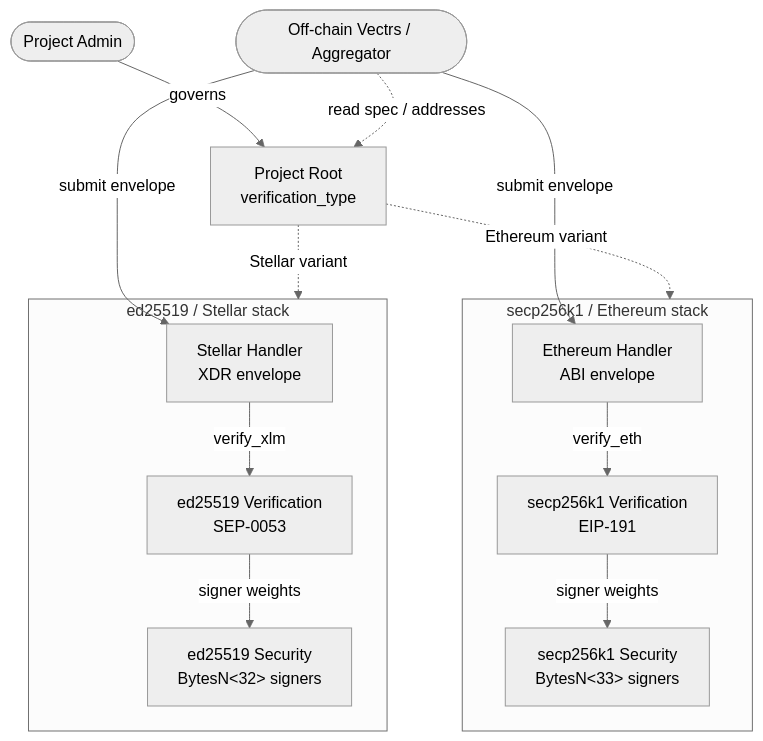
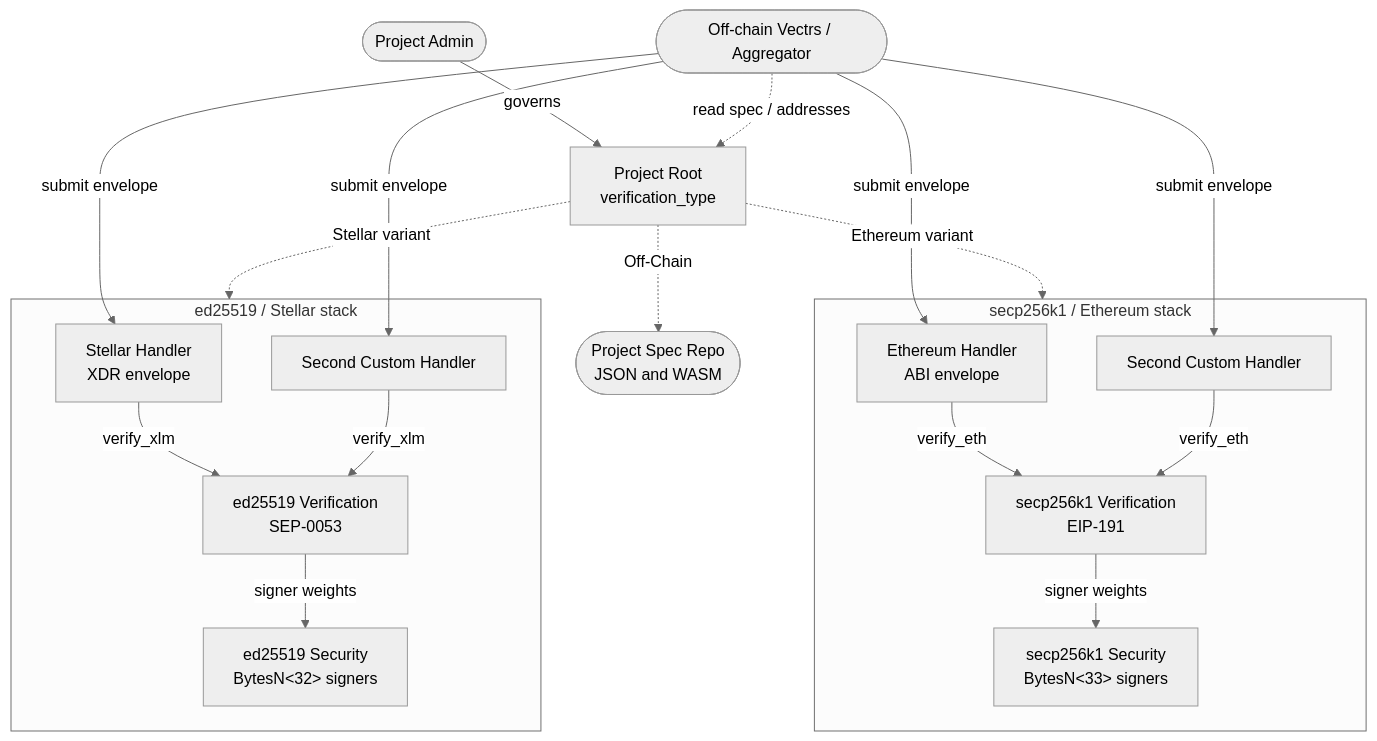
Before and after one commit to warp-driver/warpdrive-contracts: the diagram in README.md, drawn with Mermaid (neutral theme). The commit also changed other lines of this file, not shown here.

Commit message:
Reordered README and expanded architecture diagram

````diff
--- a/README.md
+++ b/README.md
@@ -29,30 +51,38 @@
 ```mermaid
 flowchart TD
     Admin([Project Admin])
     Vectrs([Off-chain Vectrs / Aggregator])
+    Repo([Project Spec Repo<br/>JSON and WASM])
 
     Admin -->|governs| Root[Project Root<br/>verification_type]
 
     Root -.->|Ethereum variant| EthStack
     Root -.->|Stellar variant| XlmStack
+    Root -.->|Off-Chain| Repo
 
     subgraph EthStack["secp256k1 / Ethereum stack"]
         EthHandler[Ethereum Handler<br/>ABI envelope]
+        EthHandler2[Second Custom Handler]
         SecpVerify[secp256k1 Verification<br/>EIP-191]
         SecpSec[secp256k1 Security<br/>BytesN&lt;33&gt; signers]
         EthHandler -->|verify_eth| SecpVerify
+        EthHandler2 -->|verify_eth| SecpVerify
         SecpVerify -->|signer weights| SecpSec
     end
 
     subgraph XlmStack["ed25519 / Stellar stack"]
         XlmHandler[Stellar Handler<br/>XDR envelope]
+        XlmHandler2[Second Custom Handler]
         EdVerify[ed25519 Verification<br/>SEP-0053]
         EdSec[ed25519 Security<br/>BytesN&lt;32&gt; signers]
         XlmHandler -->|verify_xlm| EdVerify
+        XlmHandler2 -->|verify_xlm| EdVerify
         EdVerify -->|signer weights| EdSec
     end
 
     Vectrs -->|submit envelope| EthHandler
+    Vectrs -->|submit envelope| EthHandler2
     Vectrs -->|submit envelope| XlmHandler
+    Vectrs -->|submit envelope| XlmHandler2
     Vectrs -.->|read spec / addresses| Root
 ```
````
